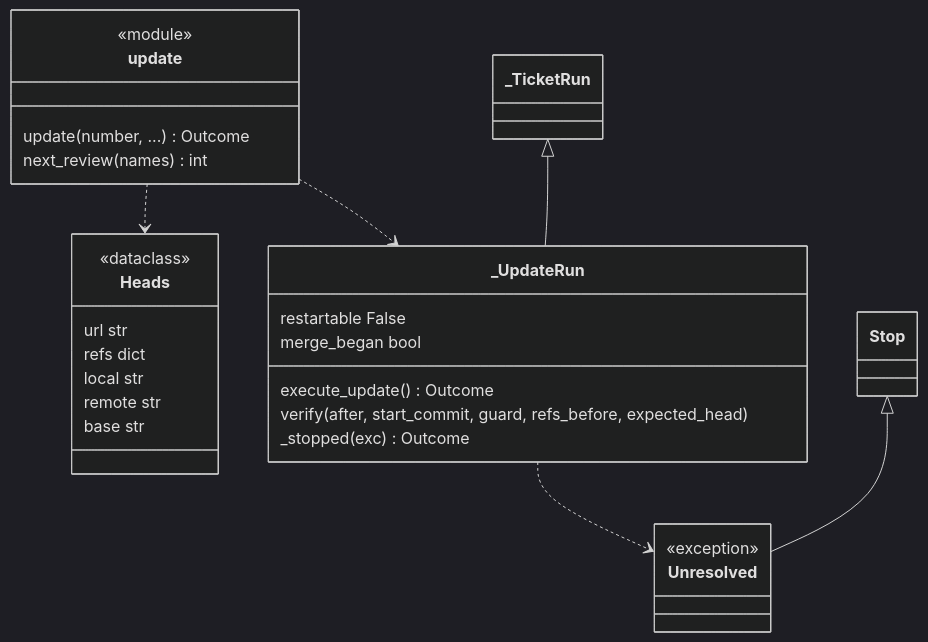
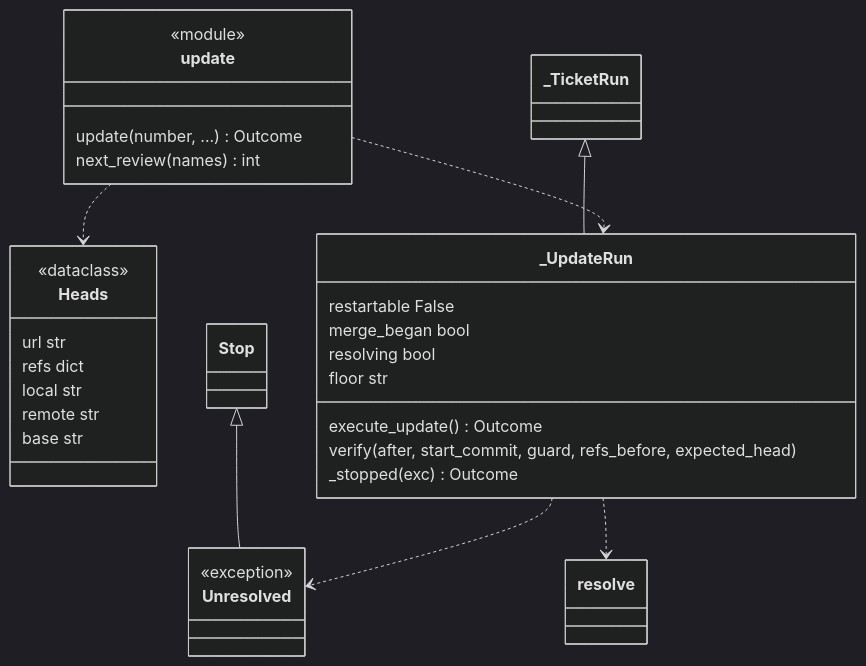
One commit to plaplanche/ariane changed the second of 3 diagrams in docs/architecture/modules/update.md. Above: the diagram before and after it, drawn with Mermaid (dark theme). The commit also changed other lines of this file and 22 other files, not shown here.

````diff
--- a/docs/architecture/modules/update.md
+++ b/docs/architecture/modules/update.md
@@ -52,31 +60,34 @@
 ```mermaid
 classDiagram
 class Heads {
   <<dataclass>>
   url str
   refs dict
   local str
   remote str
   base str
 }
 class Unresolved {
   <<exception>>
 }
 class _UpdateRun {
   restartable False
   merge_began bool
+  resolving bool
+  floor str
   execute_update() Outcome
   verify(after, start_commit, guard, refs_before, expected_head)
   _stopped(exc) Outcome
 }
 class update {
   <<module>>
   update(number, ...) Outcome
   next_review(names) int
 }
 _TicketRun <|-- _UpdateRun
 Stop <|-- Unresolved
 _UpdateRun ..> Unresolved
+_UpdateRun ..> resolve
 update ..> Heads
 update ..> _UpdateRun
 ```
````
